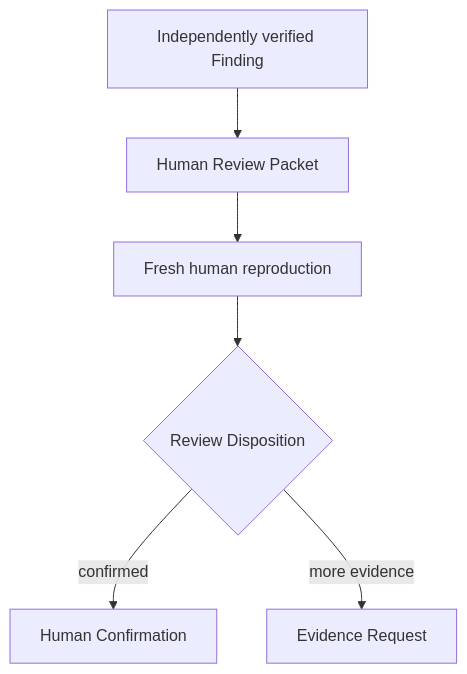
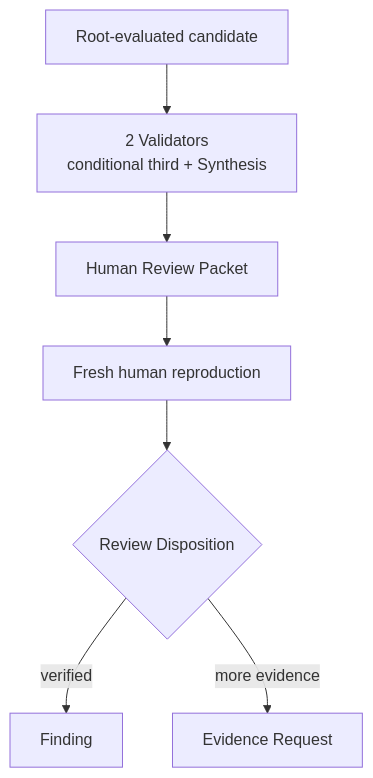
Before and after one commit to momoponwork1415-lgtm/wordpress-harness: the fifth of 8 diagrams in docs/design/roadmap.md, drawn with Mermaid. The commit also changed other lines of this file and 25 other files, not shown here.

Commit message:
Define source validation and human verification

````diff
--- a/docs/design/roadmap.md
+++ b/docs/design/roadmap.md
@@ -96,13 +96,14 @@
 ```mermaid
 flowchart TB
-    finding["Independently verified Finding"]
+    candidate["Root-evaluated candidate"]
+    validation["2 Validators<br/>conditional third + Synthesis"]
     packet["Human Review Packet"]
     reproduce["Fresh human reproduction"]
     disposition{"Review Disposition"}
-    confirm["Human Confirmation"]
+    finding["Finding"]
     evidence["Evidence Request"]
 
-    finding --> packet --> reproduce --> disposition
-    disposition -->|"confirmed"| confirm
+    candidate --> validation --> packet --> reproduce --> disposition
+    disposition -->|"verified"| finding
     disposition -->|"more evidence"| evidence
 ```
````
